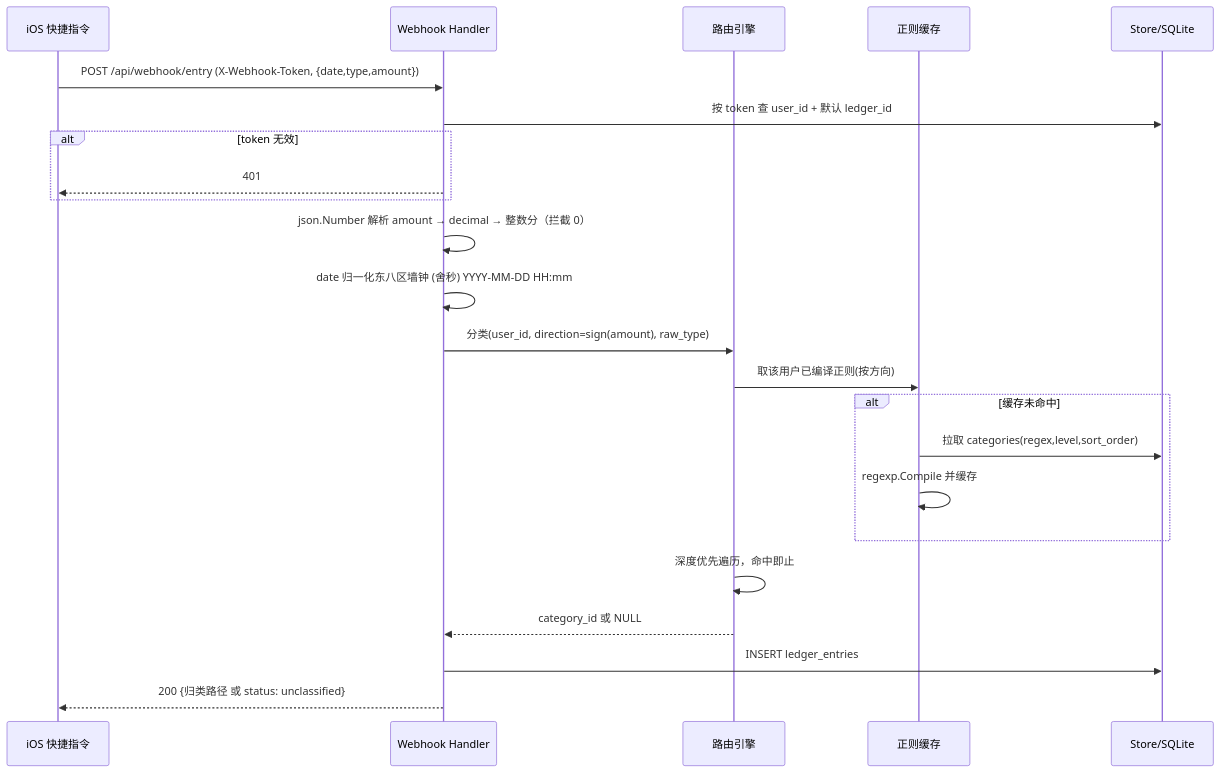
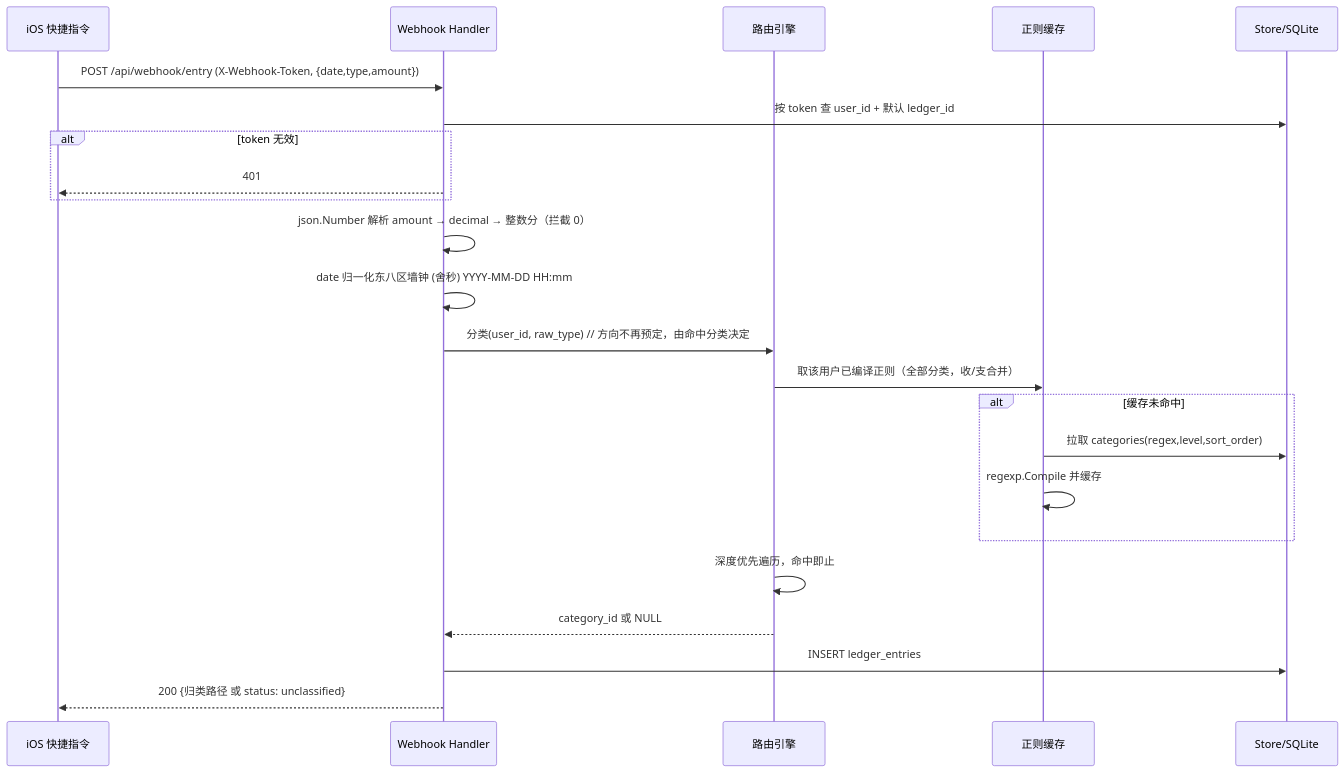
Before and after one commit to mutouyun/almanac: the second of 3 diagrams in docs/ledger_tech_design.md, drawn with Mermaid. The commit also changed other lines of this file and 2 other files, not shown here.

First line of the commit message:
docs(ledger): direction from category, amount unsigned (Plan B)

````diff
--- a/docs/ledger_tech_design.md
+++ b/docs/ledger_tech_design.md
@@ -74,26 +74,26 @@
 ```mermaid
 sequenceDiagram
     participant S as iOS 快捷指令
     participant H as Webhook Handler
     participant R as 路由引擎
     participant C as 正则缓存
     participant D as Store/SQLite
 
     S->>H: POST /api/webhook/entry (X-Webhook-Token, {date,type,amount})
     H->>D: 按 token 查 user_id + 默认 ledger_id
     alt token 无效
         H-->>S: 401
     end
     H->>H: json.Number 解析 amount → decimal → 整数分（拦截 0）
     H->>H: date 归一化东八区墙钟 (舍秒) YYYY-MM-DD HH:mm
-    H->>R: 分类(user_id, direction=sign(amount), raw_type)
-    R->>C: 取该用户已编译正则(按方向)
+    H->>R: 分类(user_id, raw_type)  // 方向不再预定，由命中分类决定
+    R->>C: 取该用户已编译正则（全部分类，收/支合并）
     alt 缓存未命中
         C->>D: 拉取 categories(regex,level,sort_order)
         C->>C: regexp.Compile 并缓存
     end
     R->>R: 深度优先遍历，命中即止
     R-->>H: category_id 或 NULL
     H->>D: INSERT ledger_entries
     H-->>S: 200 {归类路径 或 status: unclassified}
 ```
````
